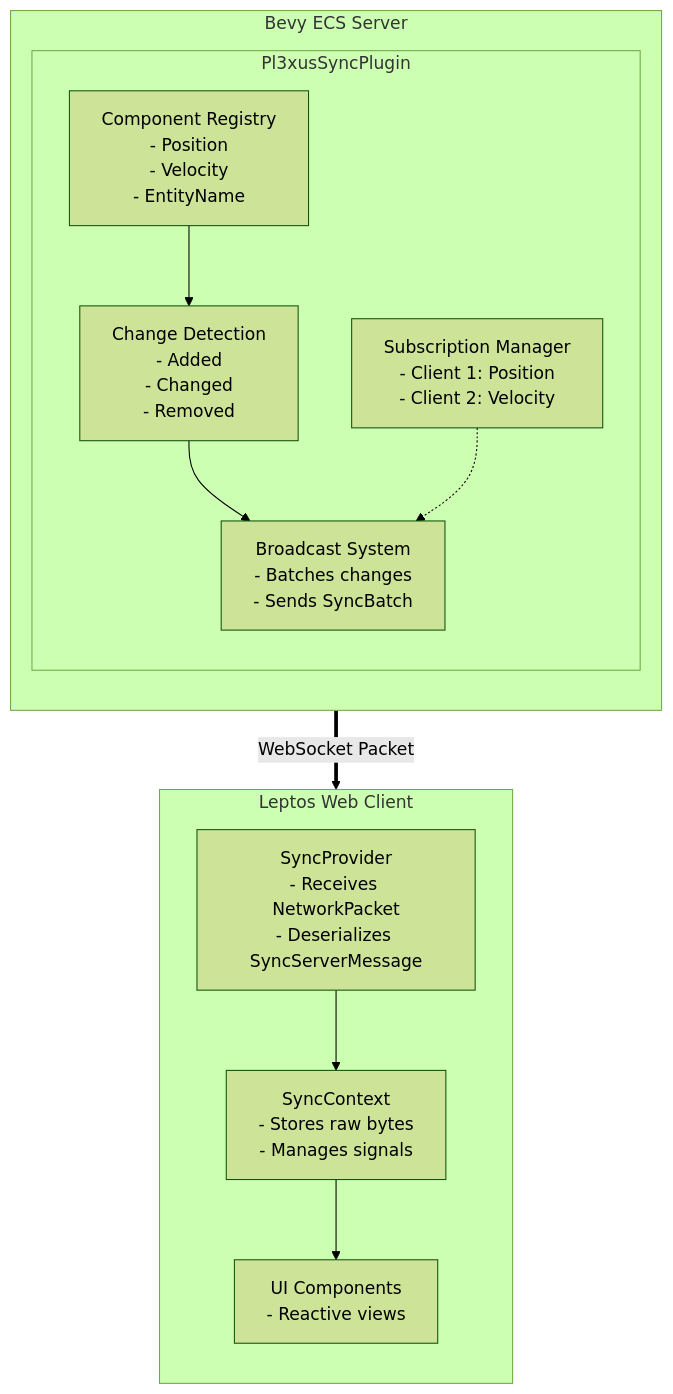
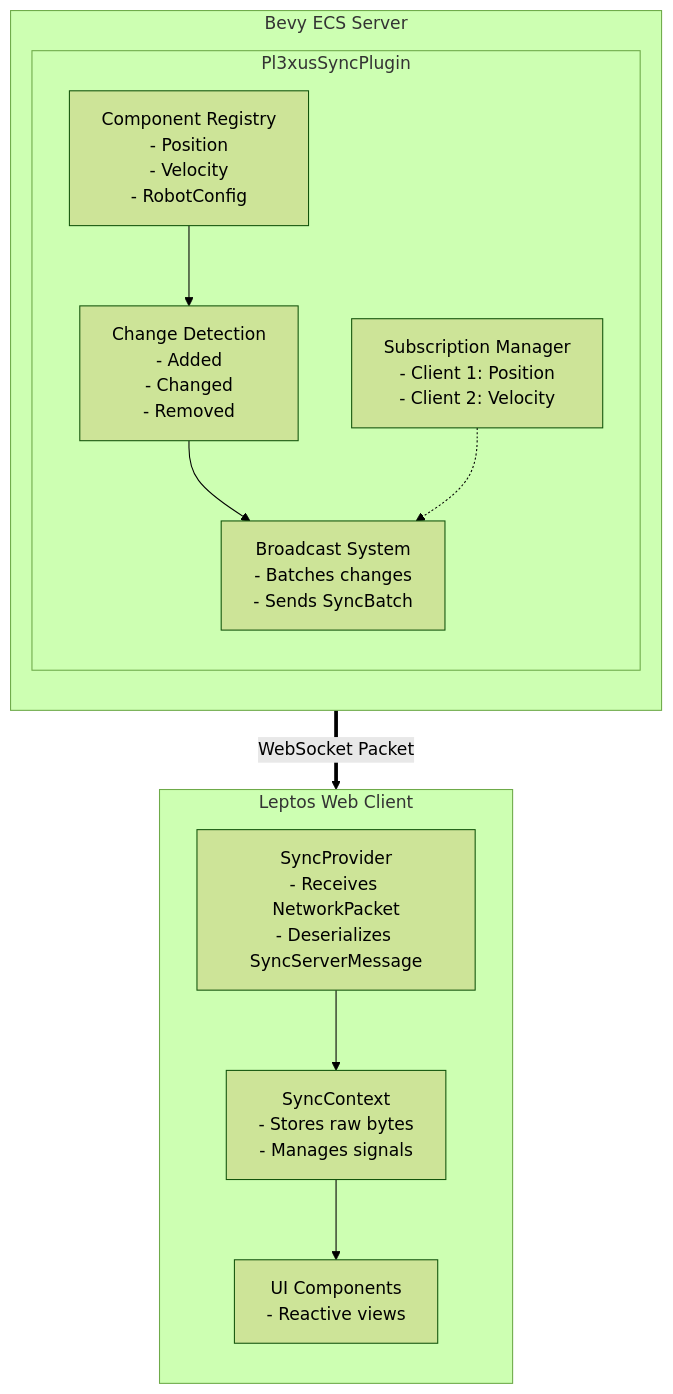
One commit to vertec-io/pl3xus changed the diagram in docs-site/content/docs/contributing/architecture.md. Above: the diagram before and after it, drawn with Mermaid (forest theme). The commit also changed 141 other files, not shown here.

````diff
--- a/docs-site/content/docs/contributing/architecture.md
+++ b/docs-site/content/docs/contributing/architecture.md
@@ -23,28 +23,28 @@
 ```mermaid
 graph TD
     subgraph Server [Bevy ECS Server]
         direction TB
         subgraph Plugin [Pl3xusSyncPlugin]
-            Registry[Component Registry<br/>- Position<br/>- Velocity<br/>- EntityName]
+            Registry[Component Registry<br/>- Position<br/>- Velocity<br/>- RobotConfig]
             ChangeDetect[Change Detection<br/>- Added<br/>- Changed<br/>- Removed]
             SubManager[Subscription Manager<br/>- Client 1: Position<br/>- Client 2: Velocity]
-            
+
             Registry --> ChangeDetect
             ChangeDetect --> Broadcast
         end
         Broadcast[Broadcast System<br/>- Batches changes<br/>- Sends SyncBatch]
         SubManager -.-> Broadcast
     end
 
     subgraph Client [Leptos Web Client]
         direction TB
         SyncProvider[SyncProvider<br/>- Receives NetworkPacket<br/>- Deserializes SyncServerMessage]
         SyncContext[SyncContext<br/>- Stores raw bytes<br/>- Manages signals]
         UI[UI Components<br/>- Reactive views]
         
         SyncProvider --> SyncContext
         SyncContext --> UI
     end
 
     Broadcast ==>|WebSocket Packet| SyncProvider
 ```
````
